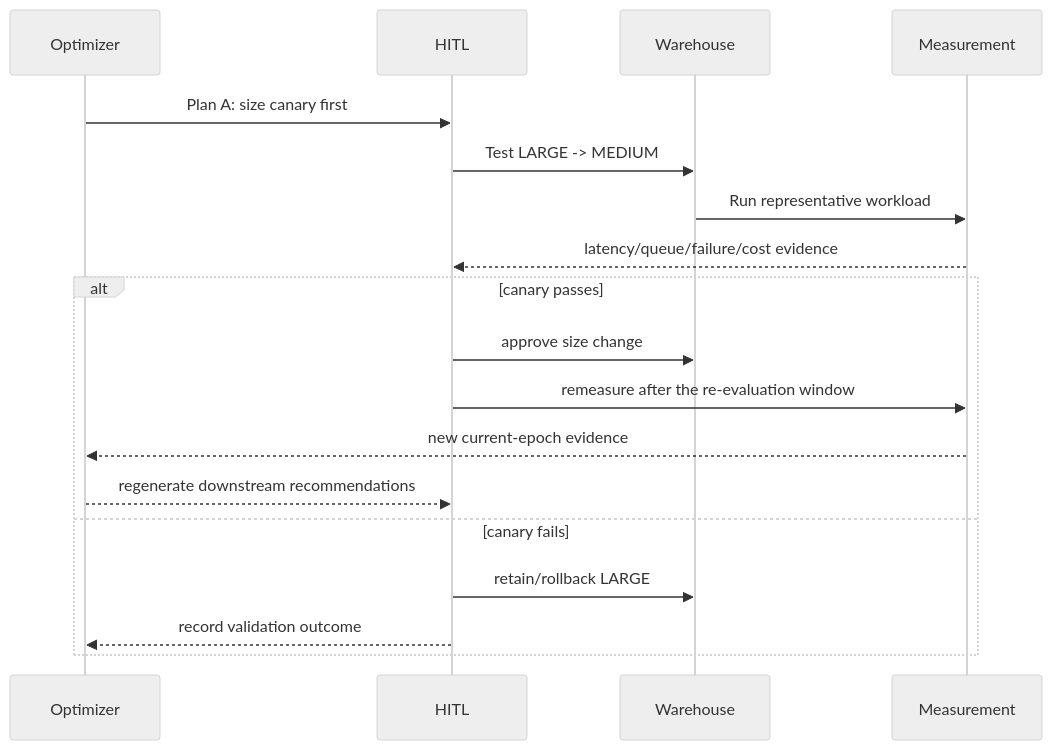
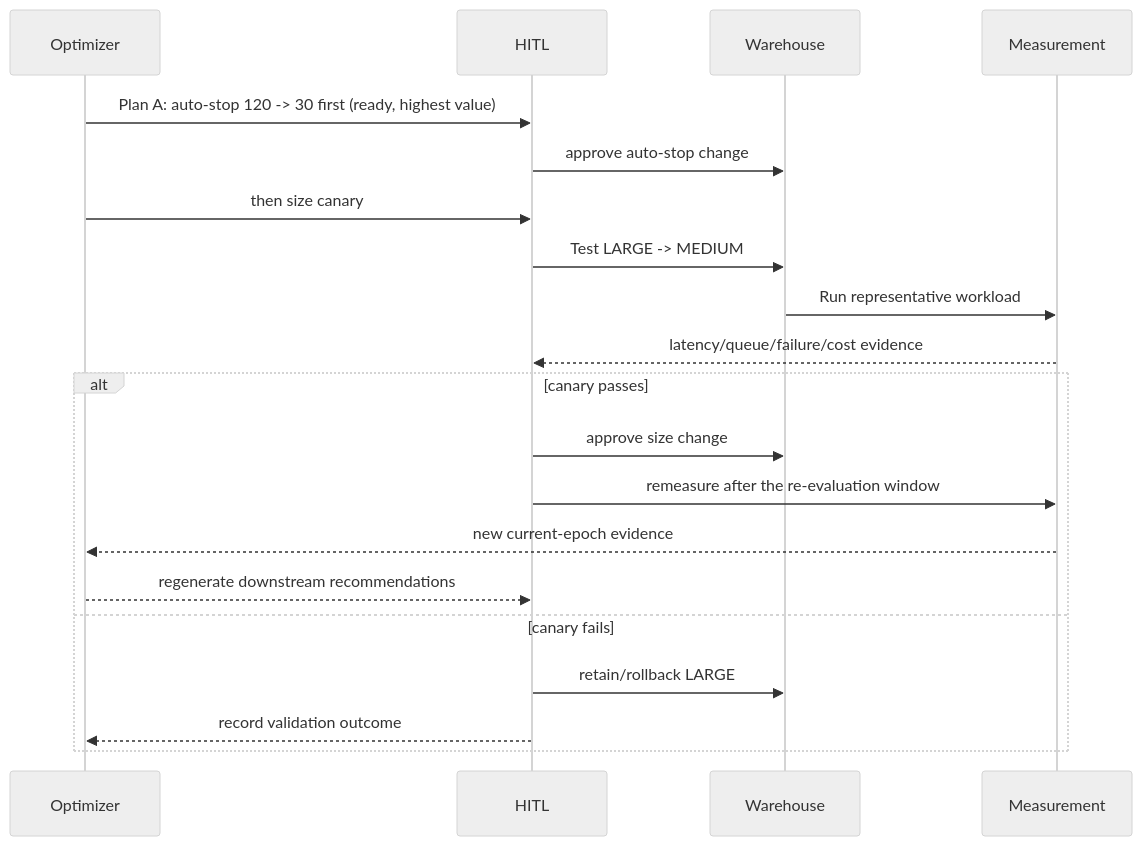
One commit to thiaga-gk/expert-funicular changed diagram 19 of 19 in docs/architecture/context.md. Above: the diagram before and after it, drawn with Mermaid (neutral theme). The commit also changed other lines of this file and 11 other files, not shown here.

Commit message:
Docs: batch 5b behavior (channel observed only, value-ordered plan with true invalidations, growth guard and seasonal downsize hold)

````diff
--- a/docs/architecture/context.md
+++ b/docs/architecture/context.md
@@ -1233,21 +1229,23 @@
 ```mermaid
 sequenceDiagram
     participant O as Optimizer
     participant H as HITL
     participant W as Warehouse
     participant M as Measurement
 
-    O->>H: Plan A: size canary first
+    O->>H: Plan A: auto-stop 120 -> 30 first (ready, highest value)
+    H->>W: approve auto-stop change
+    O->>H: then size canary
     H->>W: Test LARGE -> MEDIUM
     W->>M: Run representative workload
     M-->>H: latency/queue/failure/cost evidence
     alt canary passes
         H->>W: approve size change
         H->>M: remeasure after the re-evaluation window
         M-->>O: new current-epoch evidence
         O-->>H: regenerate downstream recommendations
     else canary fails
         H->>W: retain/rollback LARGE
         H-->>O: record validation outcome
     end
 ```
````
